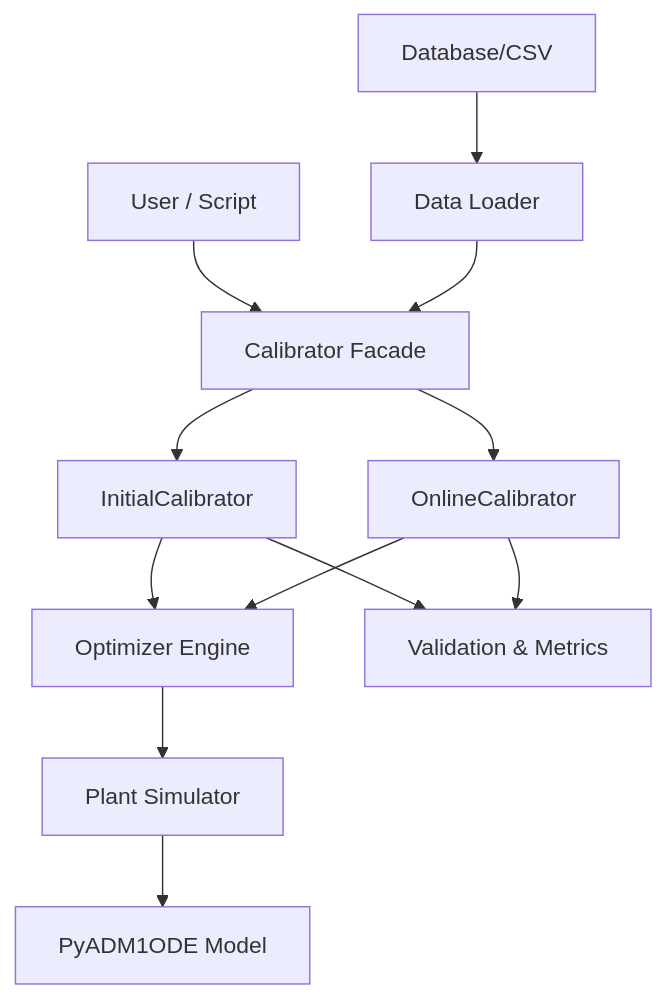
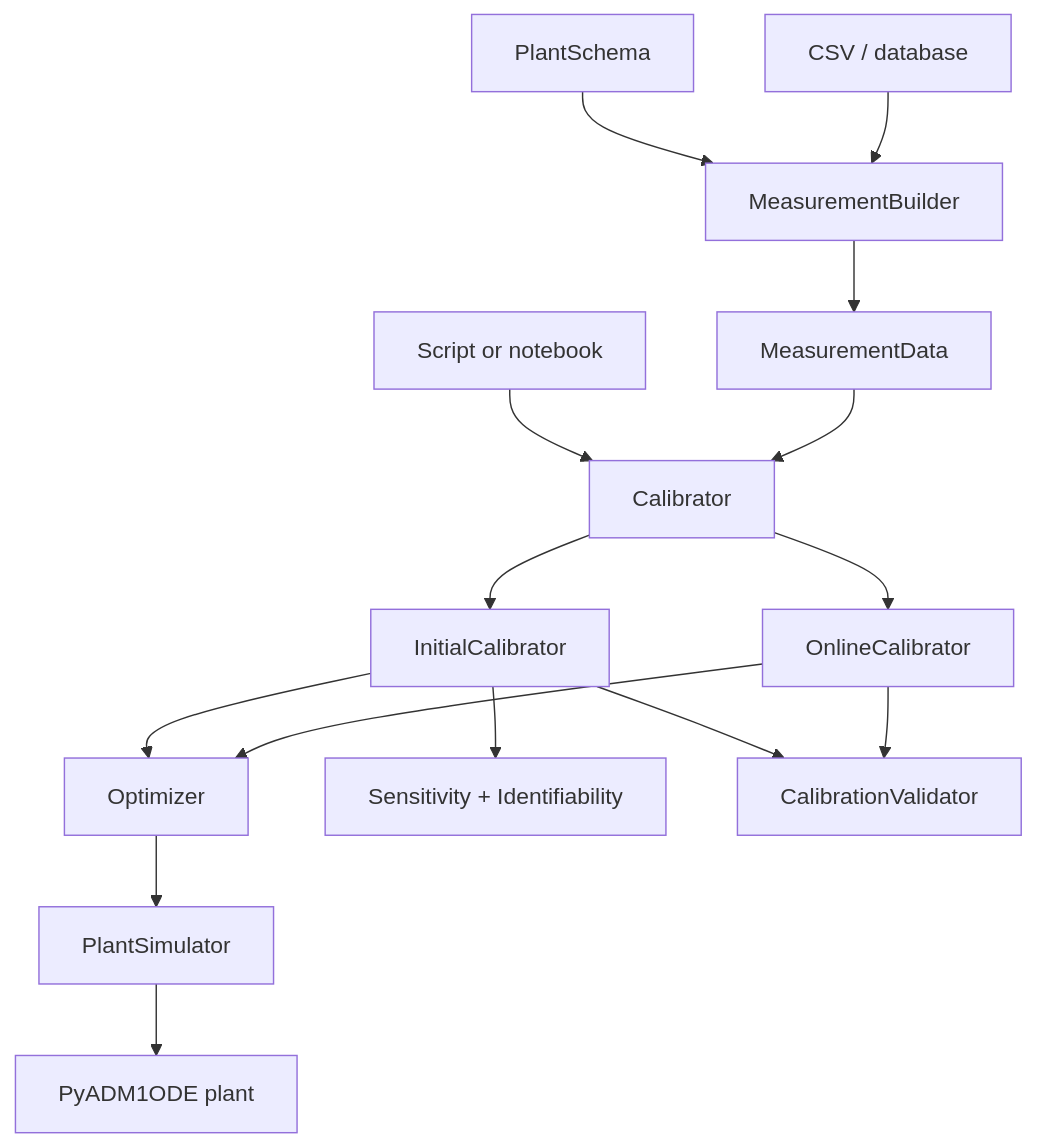
Before and after one commit to dgaida/PyADM1ODE_calibration: the first of 2 diagrams in docs/en/architecture/index.md, drawn with Mermaid. The commit also changed other lines of this file and 143 other files, not shown here.

First line of the commit message:
Refactor and enhance unit tests for database, repositories, schema, tabular CSV sources, and units

````diff
--- a/docs/en/architecture/index.md
+++ b/docs/en/architecture/index.md
@@ -9,18 +5,20 @@
 ```mermaid
 graph TD
-    A[User / Script] --> B[Calibrator Facade]
+    A[Script or notebook] --> B[Calibrator]
     B --> C[InitialCalibrator]
     B --> D[OnlineCalibrator]
 
-    C --> E[Optimizer Engine]
+    C --> E[Optimizer]
     D --> E
+    E --> F[PlantSimulator]
+    F --> G[PyADM1ODE plant]
 
-    E --> F[Plant Simulator]
-    F --> G[PyADM1ODE Model]
+    H[PlantSchema] --> I[MeasurementBuilder]
+    I --> J[MeasurementData]
+    K[CSV / database] --> I
+    J --> B
 
-    H[Data Loader] --> B
-    I[Database/CSV] --> H
-
-    C --> J[Validation & Metrics]
-    D --> J
+    C --> L[Sensitivity + Identifiability]
+    C --> M[CalibrationValidator]
+    D --> M
 ```
````
